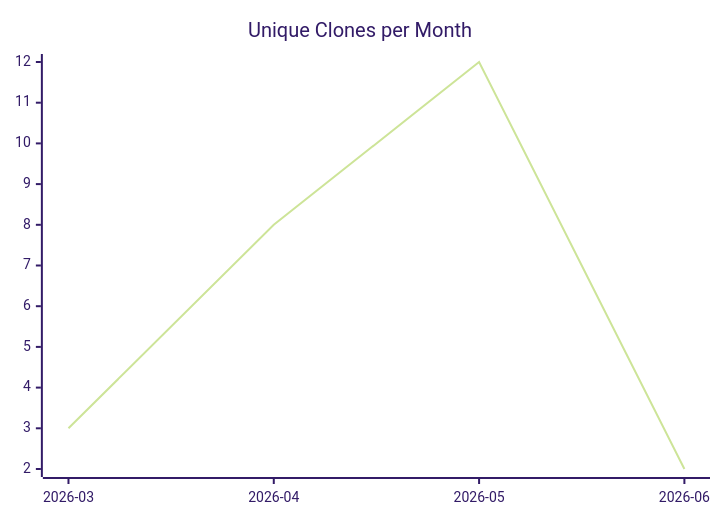
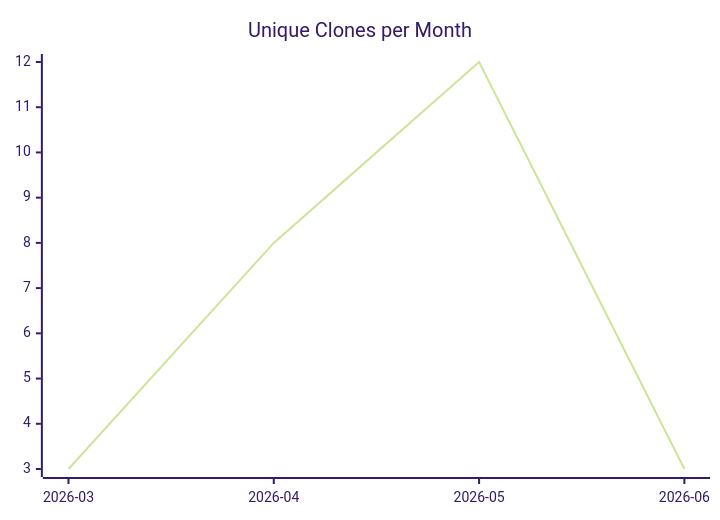
One commit to justdavis-family/github-analytics-data changed the third of 3 diagrams in karlmdavis/puppet-sonar/README.md. Above: the diagram before and after it, drawn with Mermaid (forest theme). The commit also changed other lines of this file and 197 other files, not shown here.

````diff
--- a/karlmdavis/puppet-sonar/README.md
+++ b/karlmdavis/puppet-sonar/README.md
@@ -19,6 +19,6 @@
 ```mermaid
 xychart-beta
   title "Unique Clones per Month"
   x-axis ["2026-03", "2026-04", "2026-05", "2026-06"]
-  line [3, 8, 12, 2]
+  line [3, 8, 12, 3]
 ```
````
